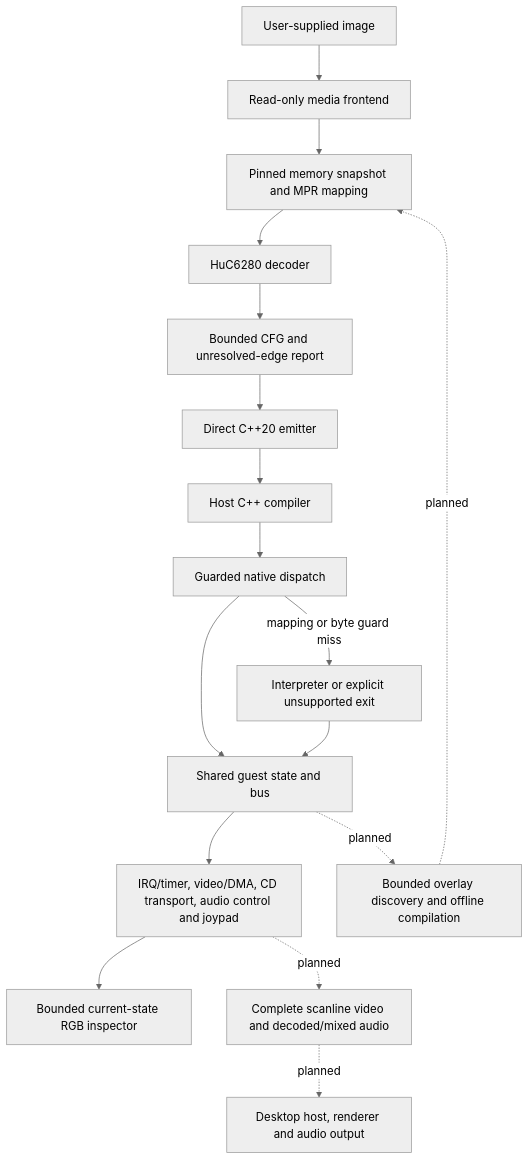
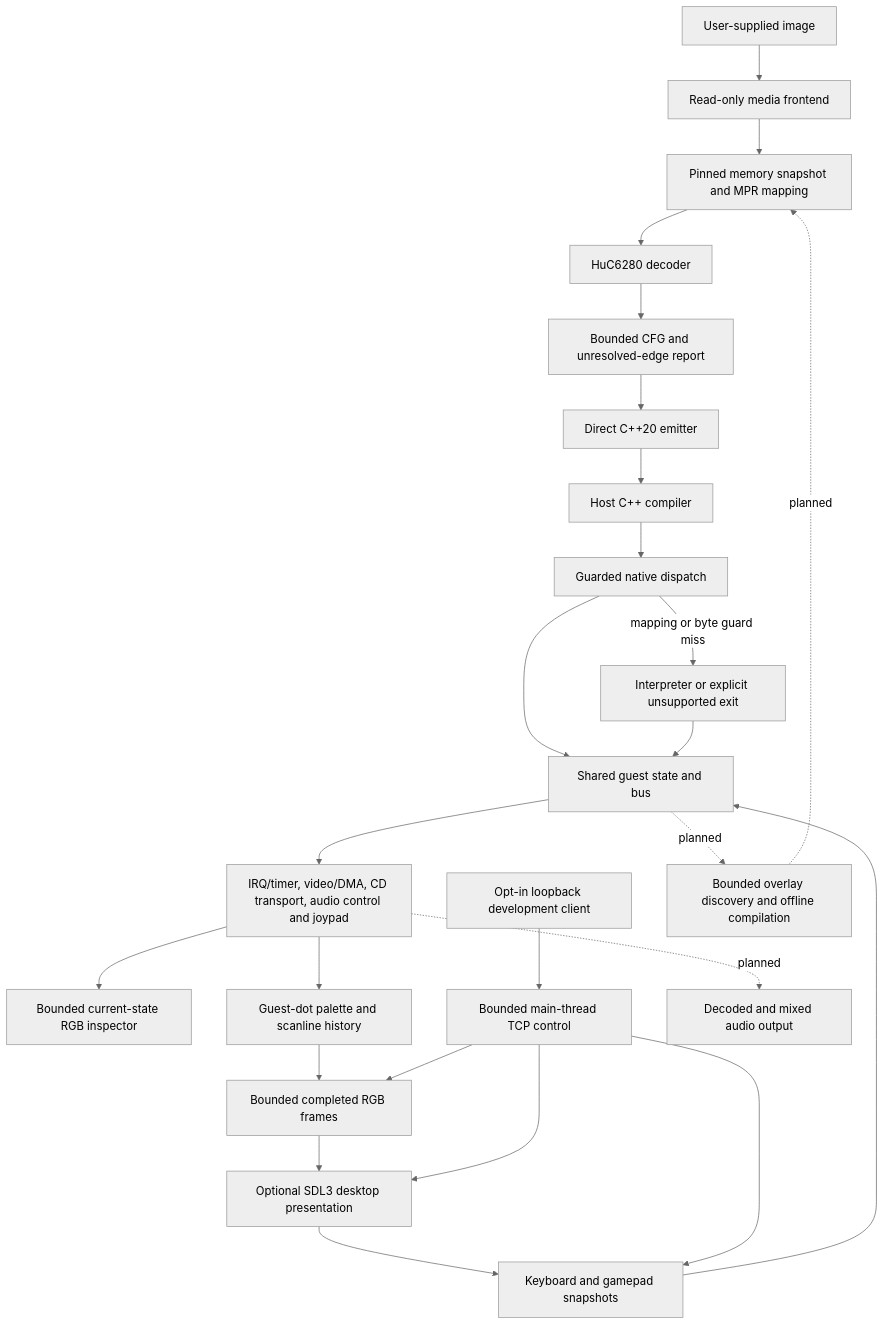
One commit to rages4calm/pcenginerecomp changed the diagram in docs/ARCHITECTURE.md. Above: the diagram before and after it, drawn with Mermaid (neutral theme). The commit also changed other lines of this file and 39 other files, not shown here.

Commit message:
Add continuous video, SDL desktop host and TCP development control

````diff
--- a/docs/ARCHITECTURE.md
+++ b/docs/ARCHITECTURE.md
@@ -9,19 +9,27 @@
 ```mermaid
 flowchart TD
   Image[User-supplied image] --> Media[Read-only media frontend]
   Media --> Snapshot[Pinned memory snapshot and MPR mapping]
   Snapshot --> Decode[HuC6280 decoder]
   Decode --> CFG[Bounded CFG and unresolved-edge report]
   CFG --> Emit[Direct C++20 emitter]
   Emit --> Compiler[Host C++ compiler]
   Compiler --> Native[Guarded native dispatch]
   Native --> Bus[Shared guest state and bus]
   Native -->|mapping or byte guard miss| Fallback[Interpreter or explicit unsupported exit]
   Fallback --> Bus
   Bus --> Profiles[IRQ/timer, video/DMA, CD transport, audio control and joypad]
   Profiles --> Inspect[Bounded current-state RGB inspector]
-  Profiles -. planned .-> Devices[Complete scanline video and decoded/mixed audio]
-  Devices -. planned .-> Host[Desktop host, renderer and audio output]
+  Profiles --> Video[Guest-dot palette and scanline history]
+  Video --> Frames[Bounded completed RGB frames]
+  Frames --> Host[Optional SDL3 desktop presentation]
+  Host --> Input[Keyboard and gamepad snapshots]
+  Input --> Bus
+  Dev[Opt-in loopback development client] --> Control[Bounded main-thread TCP control]
+  Control --> Input
+  Control --> Frames
+  Control --> Host
+  Profiles -. planned .-> Audio[Decoded and mixed audio output]
   Bus -. planned .-> Capture[Bounded overlay discovery and offline compilation]
   Capture -. planned .-> Snapshot
 ```
````
